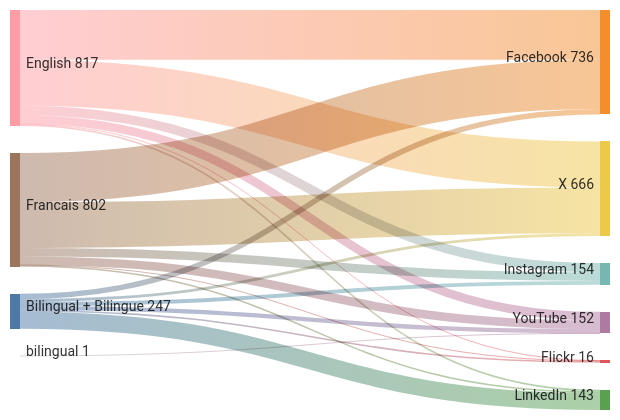
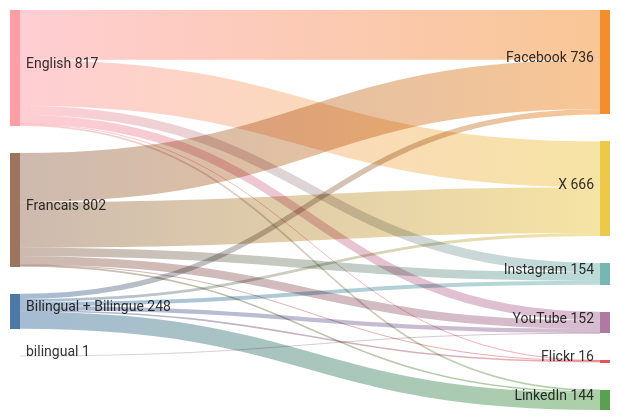
One commit to PatLittle/GC-Socials changed the diagram in sankey_diagram.md. Above: the diagram before and after it, drawn with Mermaid.

Commit message:
Update Sankey diagram for the most recent day

````diff
--- a/sankey_diagram.md
+++ b/sankey_diagram.md
@@ -1,22 +1,22 @@
 ```mermaid
 sankey-beta
   Bilingual + Bilingue,Facebook,38
   Bilingual + Bilingue,Flickr,11
   Bilingual + Bilingue,Instagram,28
-  Bilingual + Bilingue,LinkedIn,120
+  Bilingual + Bilingue,LinkedIn,121
   Bilingual + Bilingue,X,20
   Bilingual + Bilingue,YouTube,30
   English,Facebook,351
   English,Flickr,3
   English,Instagram,66
   English,LinkedIn,12
   English,X,324
   English,YouTube,61
   Francais,Facebook,347
   Francais,Flickr,2
   Francais,Instagram,60
   Francais,LinkedIn,11
   Francais,X,322
   Francais,YouTube,60
   bilingual,YouTube,1
 ```
````
